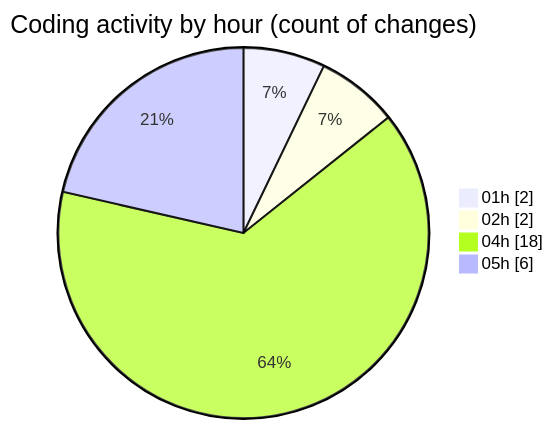
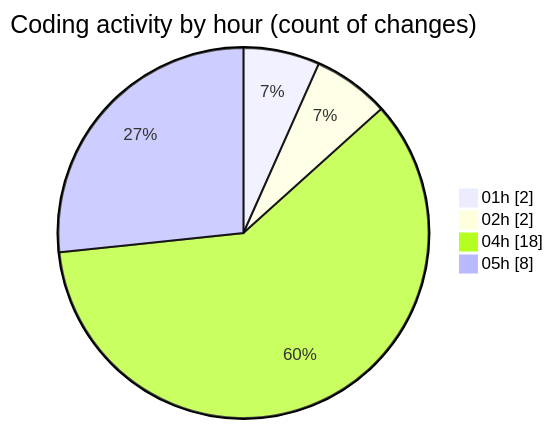
One commit to tmsrecording-cyber/code-tracking changed the second of 2 diagrams in 2026-02-05/singularitybrainai/README.md. Above: the diagram before and after it, drawn with Mermaid. The commit also changed other lines of this file and 1 other file, not shown here.

````diff
--- a/2026-02-05/singularitybrainai/README.md
+++ b/2026-02-05/singularitybrainai/README.md
@@ -30,8 +30,8 @@
 ```mermaid
 pie showData
 title Coding activity by hour (count of changes)
 "01h" : 2
 "02h" : 2
 "04h" : 18
-"05h" : 6
+"05h" : 8
 ```
````
